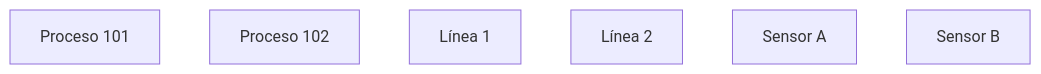
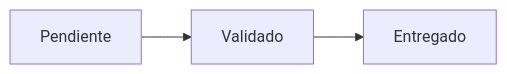
The diagram in curso/lab05/stage07.md (hriosalido/lab-grafana_curso), drawn with Mermaid before and after one commit. The commit also changed other lines of this file and 5 other files, not shown here.

````diff
--- a/curso/lab05/stage07.md
+++ b/curso/lab05/stage07.md
@@ -73,13 +56,12 @@
-   ```mermaid
-   graph TD
-     PR1[Proceso 101]
-     PR2[Proceso 102]
-     LN1[Línea 1]
-     LN2[Línea 2]
-     SN1[Sensor A]
-     SN2[Sensor B]
+```mermaid
+graph LR
+  PEN[Pendiente]
+  VAL[Validado]
+  ENT[Entregado]
 
-     click PR1 "d/detalle-proceso?var-proceso=101" "Ver Proceso 101"
-     click LN1 "d/detalle-linea?var-linea=Línea 1" "Ver Línea 1"
-     click SN1 "d/detalle-sensor?var-sensor=Sensor A" "Ver Sensor A"
-   ```
+  PEN --> VAL --> ENT
+
+  click PEN "d/detalle?var-estado=Pendiente" "Ver pendientes"
+  click VAL "d/detalle?var-estado=Validado" "Ver validados"
+  click ENT "d/detalle?var-estado=Entregado" "Ver entregados"
+```
````
